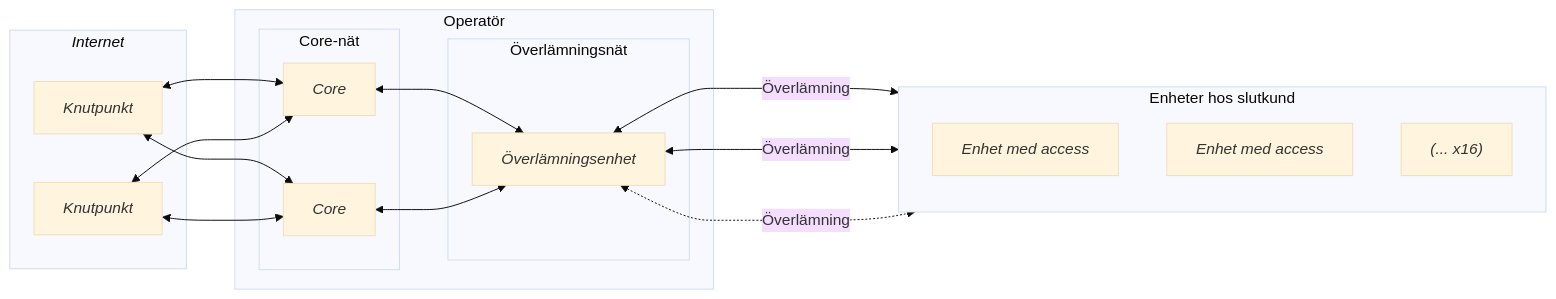
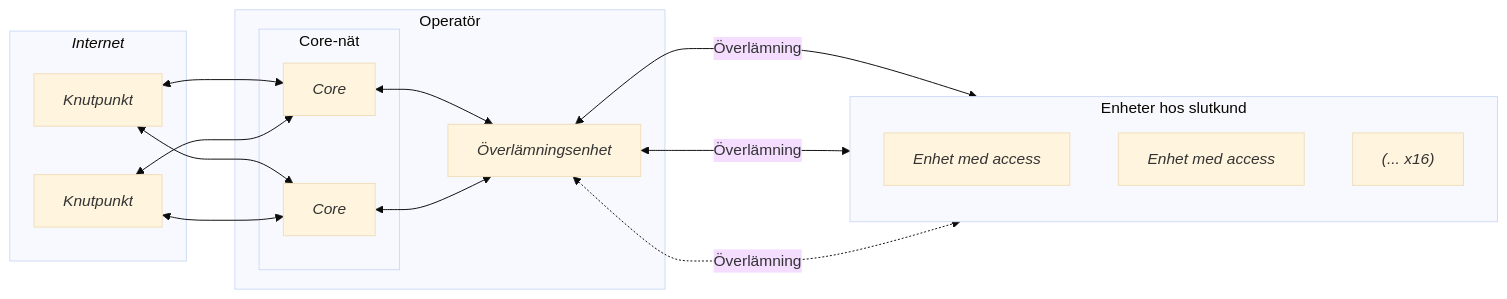
Before and after one commit to tu-stiftelsen/femsmahus2: the diagram in internetspecifikation/oversikt.mmd, drawn with Mermaid (base theme). The commit also changed 2 other files, not shown here.

Commit message:
Uppdaterat ramverk (png:er)

```diff
--- a/internetspecifikation/oversikt.mmd
+++ b/internetspecifikation/oversikt.mmd
@@ -1,27 +1,25 @@
 
 flowchart LR
     subgraph I["`_Internet_`"]
         IX1["`_Knutpunkt_`"]
         IX2["`_Knutpunkt_`"]
     end
     subgraph OP ["`Operatör`"]
         subgraph CS ["`Core-nät`"]
             C1["`_Core_`"]
             C2["`_Core_`"]
         end
-        subgraph OS ["`Överlämningsnät`"]
-            O["`_Överlämningsenhet_`"]
-        end
+        O["`_Överlämningsenhet_`"]
     end
     subgraph SK ["`Enheter hos slutkund`"]
         direction TB
         D1["`_Enhet med access_`"]
         D2["`_Enhet med access_`"]
         D16["`_(... x16)_`"]
     end 
 
     IX1 & IX2 <-->C1 & C2
     C1 & C2 <-->O
     O<-->|Överlämning|D1
     O<-->|Överlämning|D2
     O<-..->|Överlämning|D16
```
